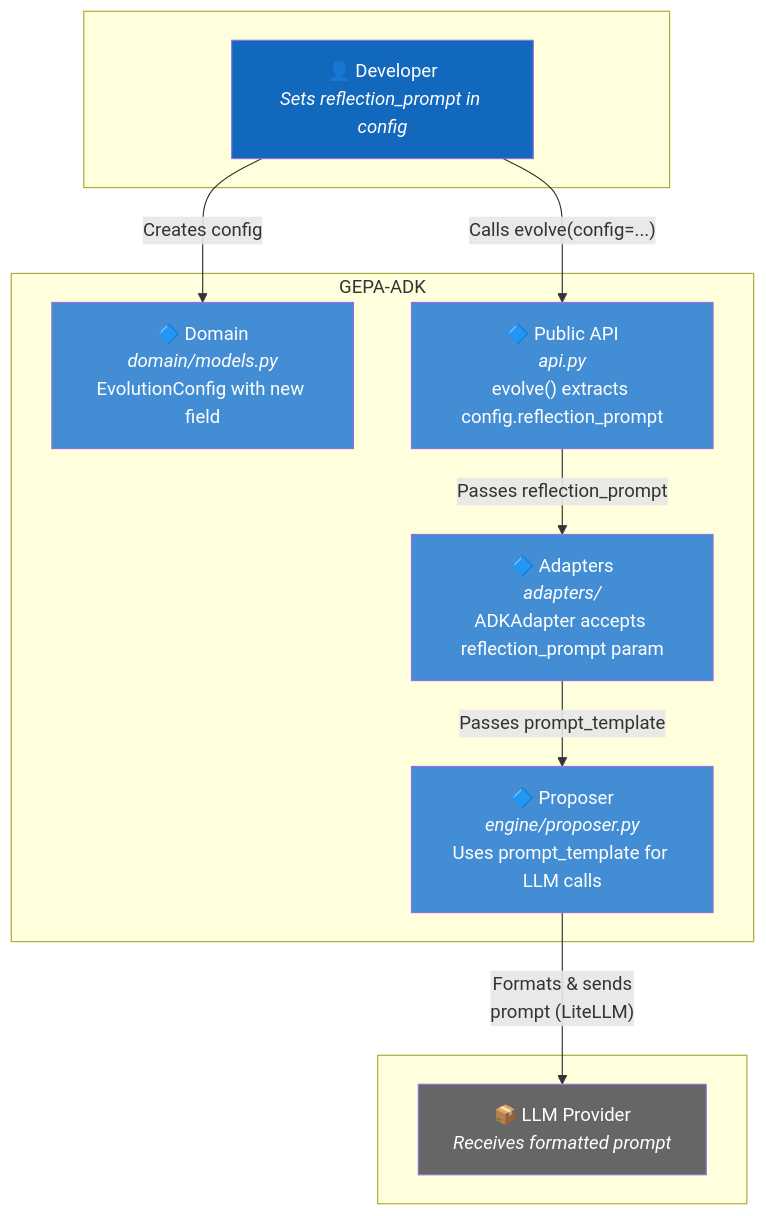
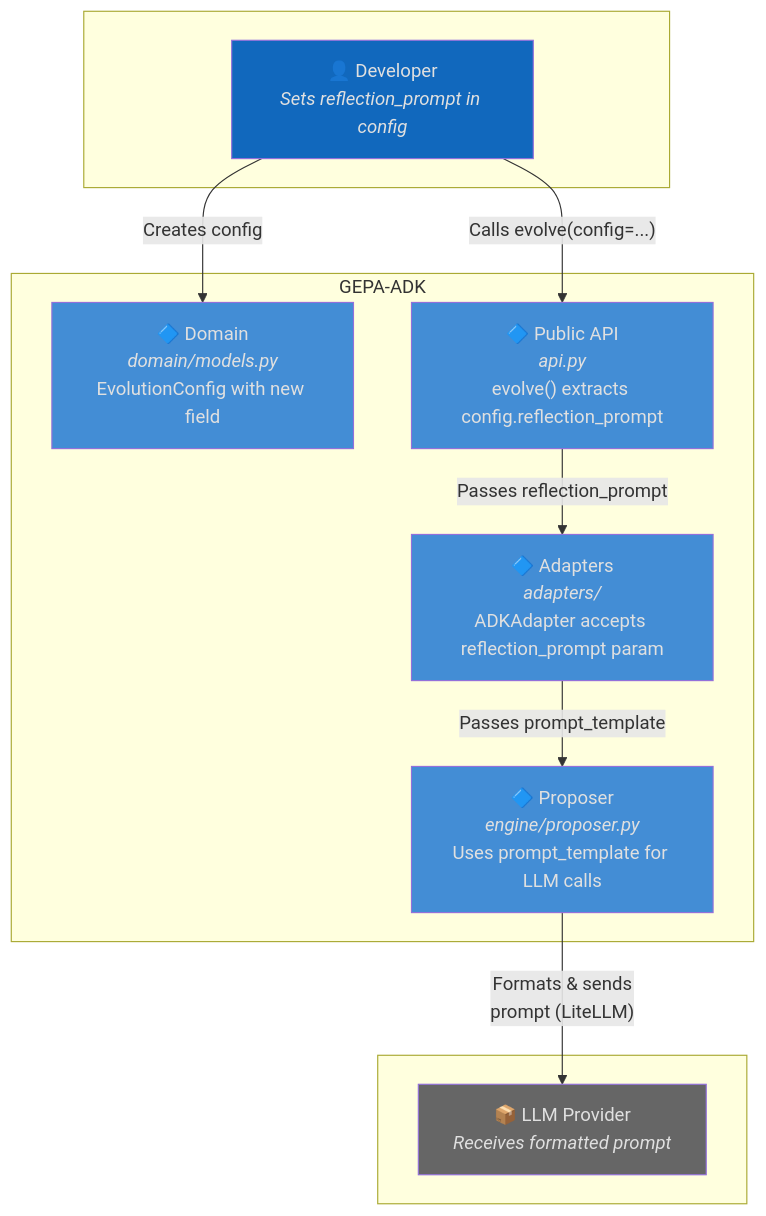
Before and after one commit to Alberto-Codes/gepa-adk: the second of 9 diagrams in specs/032-reflection-prompt-config/architecture.md, drawn with Mermaid. The commit also changed other lines of this file, not shown here.

Commit message:
feat(spec): enhance architecture documentation with updated constraints and color-coded diagrams for clarity

````diff
--- a/specs/032-reflection-prompt-config/architecture.md
+++ b/specs/032-reflection-prompt-config/architecture.md
@@ -82,30 +98,30 @@
 ```mermaid
 flowchart TB
     subgraph Actors[" "]
         user["👤 Developer<br/><i>Sets reflection_prompt in config</i>"]
     end
 
     subgraph GEPA["GEPA-ADK"]
         domain["🔷 Domain<br/><i>domain/models.py</i><br/>EvolutionConfig with new field"]
         api["🔷 Public API<br/><i>api.py</i><br/>evolve() extracts config.reflection_prompt"]
         adapters["🔷 Adapters<br/><i>adapters/</i><br/>ADKAdapter accepts reflection_prompt param"]
         proposer["🔷 Proposer<br/><i>engine/proposer.py</i><br/>Uses prompt_template for LLM calls"]
     end
 
     subgraph External[" "]
         llm["📦 LLM Provider<br/><i>Receives formatted prompt</i>"]
     end
 
     user -->|"Creates config"| domain
     user -->|"Calls evolve(config=...)"| api
     api -->|"Passes reflection_prompt"| adapters
     adapters -->|"Passes prompt_template"| proposer
     proposer -->|"Formats & sends<br/>prompt (LiteLLM)"| llm
 
-    style domain fill:#438DD5,color:#fff
-    style api fill:#438DD5,color:#fff
-    style adapters fill:#438DD5,color:#fff
-    style proposer fill:#438DD5,color:#fff
-    style llm fill:#666666,color:#fff
-    style user fill:#1168BD,color:#fff
+    style domain fill:#438DD5,color:#E0E0E0
+    style api fill:#438DD5,color:#E0E0E0
+    style adapters fill:#438DD5,color:#E0E0E0
+    style proposer fill:#438DD5,color:#E0E0E0
+    style llm fill:#666666,color:#E0E0E0
+    style user fill:#1168BD,color:#E0E0E0
 ```
````
